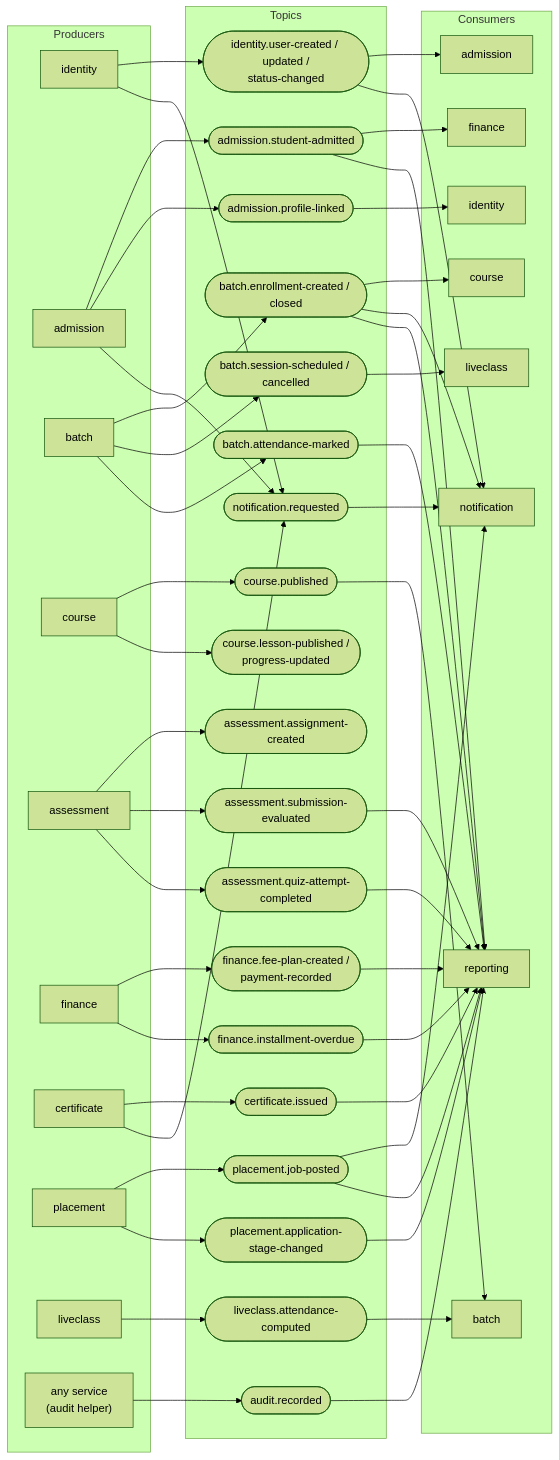
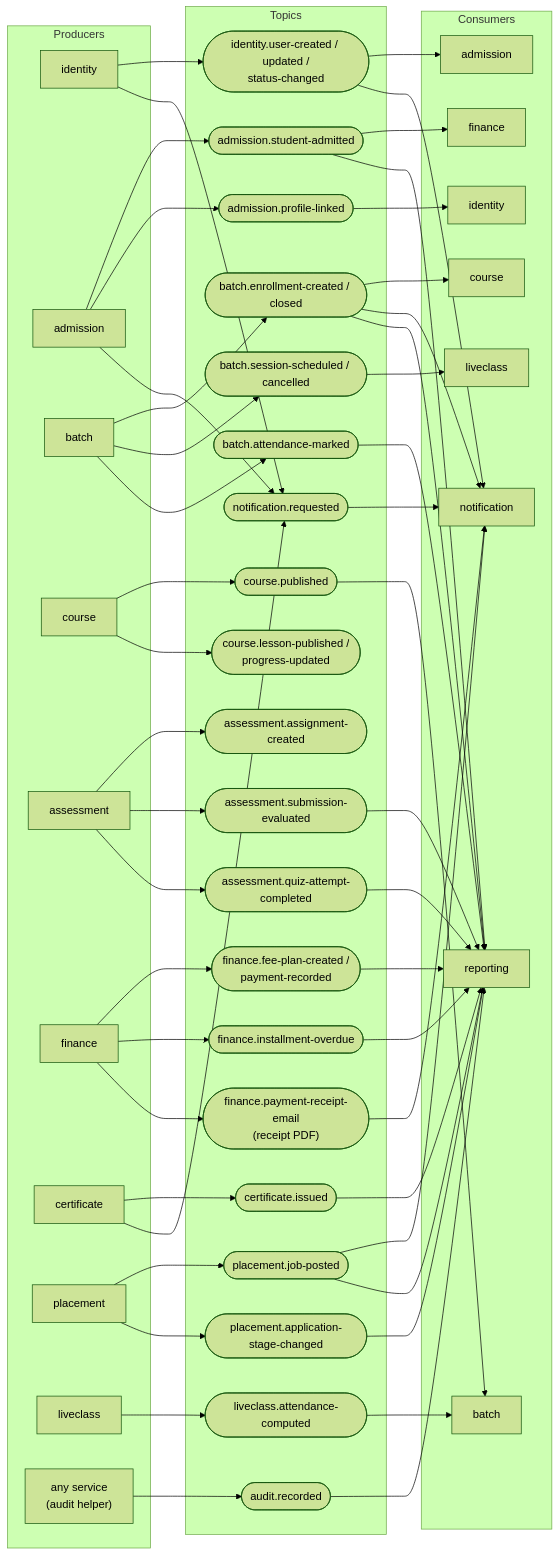
Before and after one commit to rohanrk2810/ITLMS: the diagram in docs/diagrams/architecture/04-kafka-events.mmd, drawn with Mermaid (forest theme). The commit also changed 35 other files, not shown here.

Commit message:
Fees: the receipt is a PDF with the institute logo watermark, full address and contact, emailed to the student after every payment and downloadable from the portal

```diff
--- a/docs/diagrams/architecture/04-kafka-events.mmd
+++ b/docs/diagrams/architecture/04-kafka-events.mmd
@@ -1,92 +1,95 @@
 flowchart LR
     %% Producer --> topic --> consumers. Topics are itilms.<service>.<fact>.
     subgraph P["Producers"]
         ID["identity"]
         AD["admission"]
         BA["batch"]
         CR["course"]
         AS["assessment"]
         FN["finance"]
         CE["certificate"]
         PLC["placement"]
         LC["liveclass"]
         ANY["any service<br/>(audit helper)"]
     end
 
     subgraph T["Topics"]
         t1(["identity.user-created / updated /<br/>status-changed"])
         t2(["admission.student-admitted"])
         t3(["admission.profile-linked"])
         t4(["batch.enrollment-created / closed"])
         t5(["batch.session-scheduled / cancelled"])
         t6(["batch.attendance-marked"])
         t7(["course.published"])
         t8(["course.lesson-published /<br/>progress-updated"])
         t9(["assessment.assignment-created"])
         t10(["assessment.submission-evaluated"])
         t11(["assessment.quiz-attempt-completed"])
         t12(["finance.fee-plan-created /<br/>payment-recorded"])
         t13(["finance.installment-overdue"])
+        t13b(["finance.payment-receipt-email<br/>(receipt PDF)"])
         t14(["certificate.issued"])
         t15(["placement.job-posted"])
         t16(["placement.application-stage-changed"])
         t17(["liveclass.attendance-computed"])
         t18(["notification.requested"])
         t19(["audit.recorded"])
     end
 
     subgraph C["Consumers"]
         cAD["admission"]
         cID["identity"]
         cCR["course"]
         cBA["batch"]
         cFN["finance"]
         cLC["liveclass"]
         cNO["notification"]
         cRP["reporting"]
     end
 
     ID --> t1
     AD --> t2
     AD --> t3
     BA --> t4
     BA --> t5
     BA --> t6
     CR --> t7
     CR --> t8
     AS --> t9
     AS --> t10
     AS --> t11
     FN --> t12
     FN --> t13
+    FN --> t13b
     CE --> t14
     PLC --> t15
     PLC --> t16
     LC --> t17
     ID --> t18
     AD --> t18
     CE --> t18
     ANY --> t19
 
     t1 --> cAD
     t1 --> cNO
     t2 --> cFN
     t2 --> cRP
     t3 --> cID
     t4 --> cCR
     t4 --> cNO
     t4 --> cRP
     t5 --> cLC
     t6 --> cRP
     t7 --> cBA
     t10 --> cRP
     t11 --> cRP
     t12 --> cRP
     t13 --> cRP
+    t13b --> cNO
     t14 --> cRP
     t15 --> cNO
     t15 --> cRP
     t16 --> cRP
     t17 --> cBA
     t18 --> cNO
     t19 --> cRP
```
